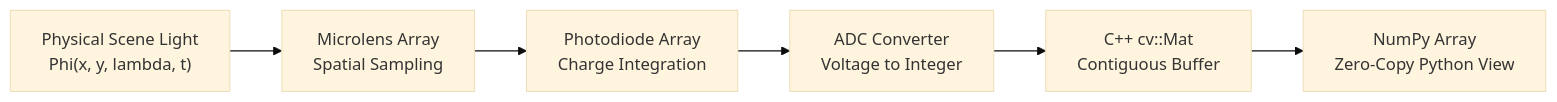
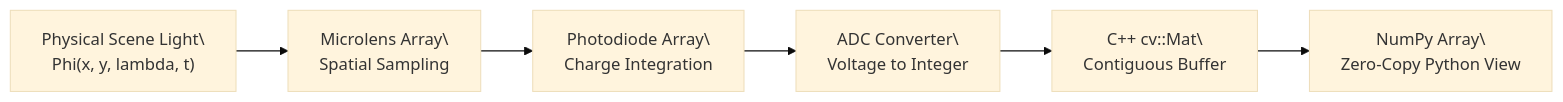
Before and after one commit to jashu-16/cv_learning: the first of 6 diagrams in docs/opencv/part1_fundamentals.md, drawn with Mermaid (base theme). The commit also changed other lines of this file and 24 other files, not shown here.

````diff
--- a/docs/opencv/part1_fundamentals.md
+++ b/docs/opencv/part1_fundamentals.md
@@ -207,8 +227,8 @@
 ```mermaid
 flowchart LR
-    A["Physical Scene Light\nPhi(x, y, lambda, t)"] --> B["Microlens Array\nSpatial Sampling"]
-    B --> C["Photodiode Array\nCharge Integration"]
-    C --> D["ADC Converter\nVoltage to Integer"]
-    D --> E["C++ cv::Mat\nContiguous Buffer"]
-    E --> F["NumPy Array\nZero-Copy Python View"]
+    A["Physical Scene Light\\nPhi(x, y, lambda, t)"] --> B["Microlens Array\\nSpatial Sampling"]
+    B --> C["Photodiode Array\\nCharge Integration"]
+    C --> D["ADC Converter\\nVoltage to Integer"]
+    D --> E["C++ cv::Mat\\nContiguous Buffer"]
+    E --> F["NumPy Array\\nZero-Copy Python View"]
 ```
````
